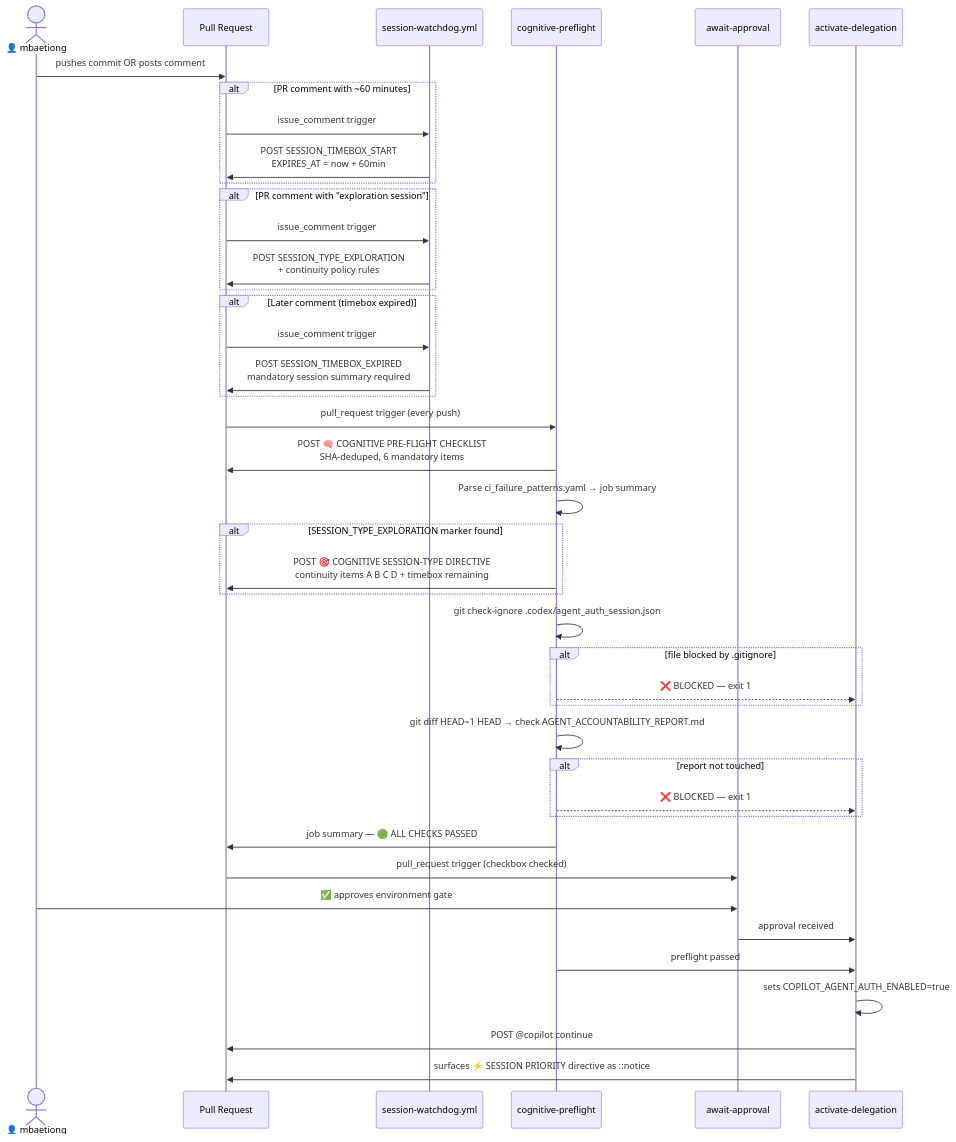
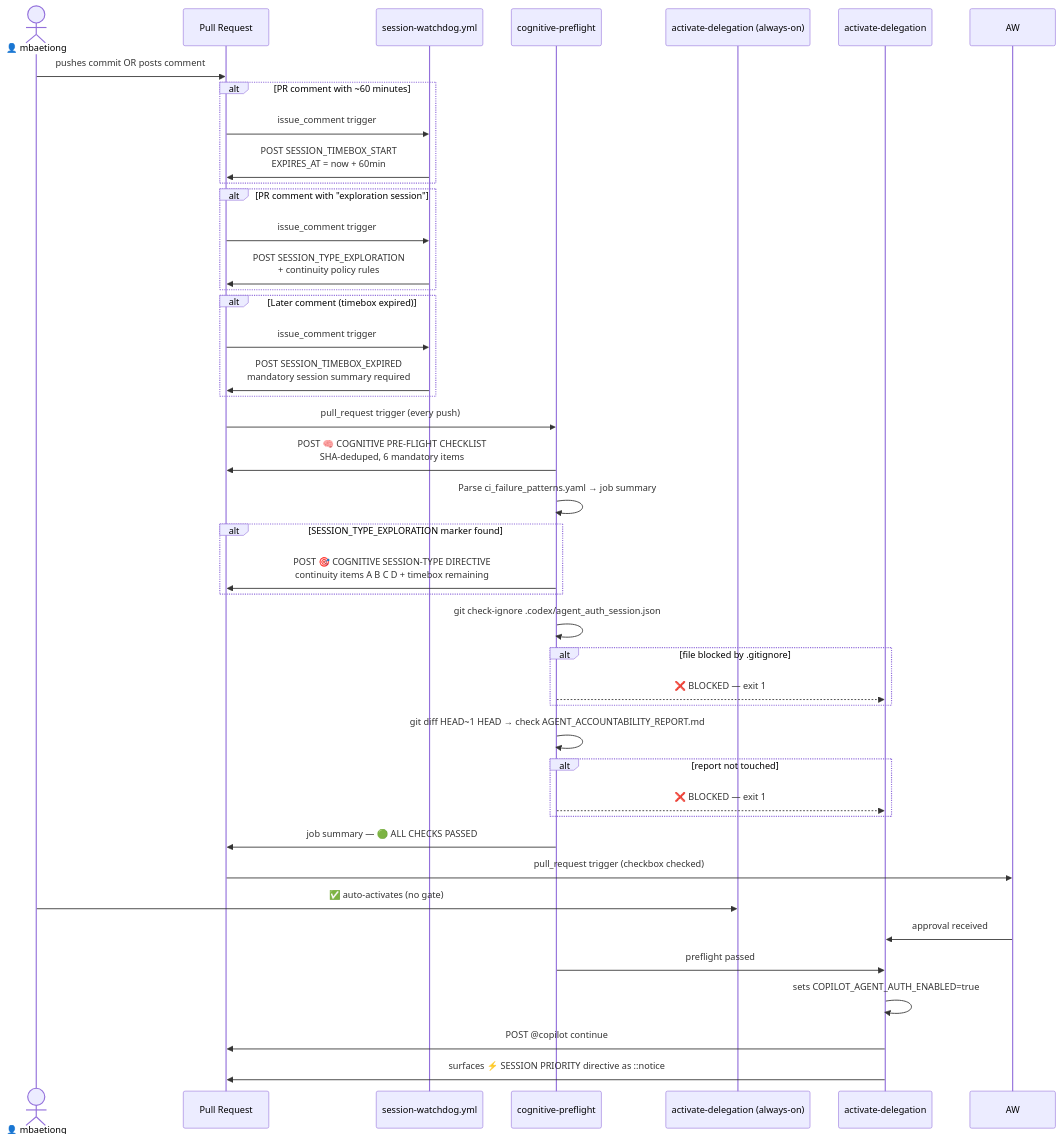
The fifth of 6 diagrams in .codex/docs/S116g_TO_S116i_CHANGE_MAP.md (Aries-Serpent/_codex_), drawn with Mermaid before and after one commit. The commit also changed other lines of this file and 8 other files, not shown here.

First line of the commit message:
feat: mandatory session preload in copilot-setup-steps; fix checkout@v5; update stale Mermaid auth diagrams

````diff
--- a/.codex/docs/S116g_TO_S116i_CHANGE_MAP.md
+++ b/.codex/docs/S116g_TO_S116i_CHANGE_MAP.md
@@ -157,55 +157,55 @@
 ```mermaid
 sequenceDiagram
     actor H as 👤 mbaetiong
     participant PR as Pull Request
     participant WD as session-watchdog.yml
     participant CP as cognitive-preflight
-    participant AW as await-approval
+    participant ACT as activate-delegation (always-on)
     participant AD as activate-delegation
 
     H->>PR: pushes commit OR posts comment
 
     alt PR comment with ~60 minutes
         PR->>WD: issue_comment trigger
         WD->>PR: POST SESSION_TIMEBOX_START<br/>EXPIRES_AT = now + 60min
     end
 
     alt PR comment with "exploration session"
         PR->>WD: issue_comment trigger
         WD->>PR: POST SESSION_TYPE_EXPLORATION<br/>+ continuity policy rules
     end
 
     alt Later comment (timebox expired)
         PR->>WD: issue_comment trigger
         WD->>PR: POST SESSION_TIMEBOX_EXPIRED<br/>mandatory session summary required
     end
 
     PR->>CP: pull_request trigger (every push)
     CP->>PR: POST 🧠 COGNITIVE PRE-FLIGHT CHECKLIST<br/>SHA-deduped, 6 mandatory items
     CP->>CP: Parse ci_failure_patterns.yaml → job summary
 
     alt SESSION_TYPE_EXPLORATION marker found
         CP->>PR: POST 🎯 COGNITIVE SESSION-TYPE DIRECTIVE<br/>continuity items A B C D + timebox remaining
     end
 
     CP->>CP: git check-ignore .codex/agent_auth_session.json
     alt file blocked by .gitignore
         CP-->>AD: ❌ BLOCKED — exit 1
     end
 
     CP->>CP: git diff HEAD~1 HEAD → check AGENT_ACCOUNTABILITY_REPORT.md
     alt report not touched
         CP-->>AD: ❌ BLOCKED — exit 1
     end
 
     CP->>PR: job summary — 🟢 ALL CHECKS PASSED
 
     PR->>AW: pull_request trigger (checkbox checked)
-    H->>AW: ✅ approves environment gate
+    H->>ACT: ✅ auto-activates (no gate)
 
     AW->>AD: approval received
     CP->>AD: preflight passed
     AD->>AD: sets COPILOT_AGENT_AUTH_ENABLED=true
     AD->>PR: POST @copilot continue
     AD->>PR: surfaces ⚡ SESSION PRIORITY directive as ::notice
 ```
````
